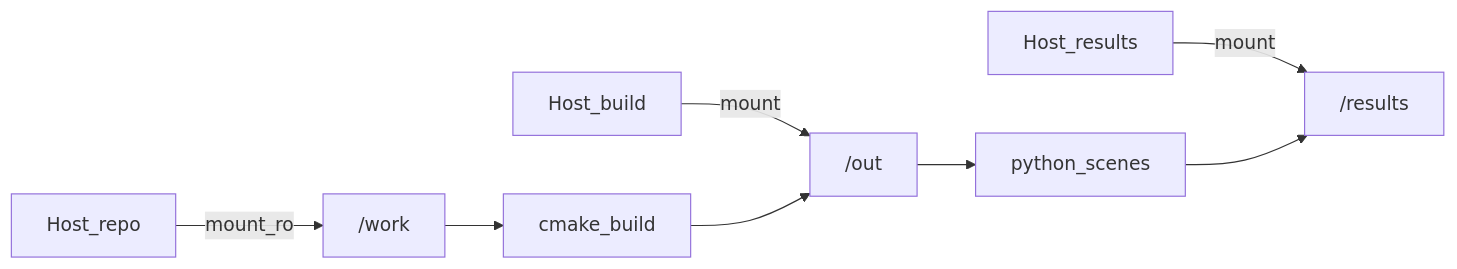
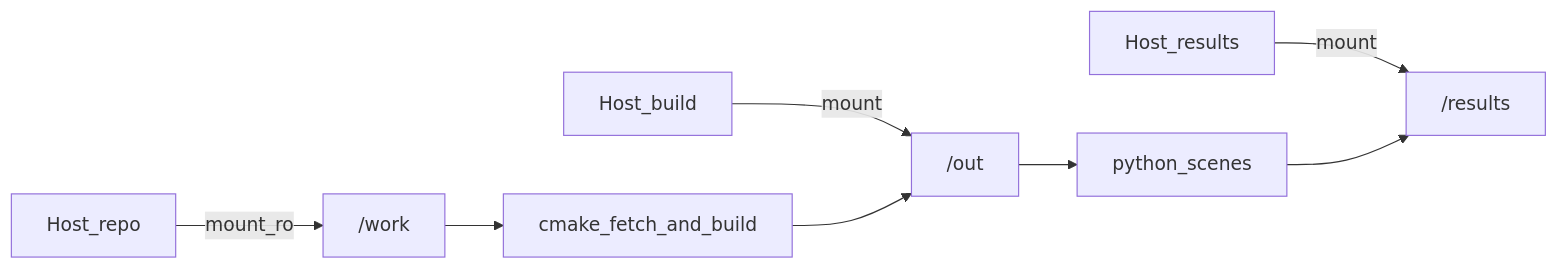
The diagram in docs/report/11-build-and-run.md (goooxu/LumenCore), drawn with Mermaid before and after one commit. The commit also changed other lines of this file and 403 other files, not shown here.

First line of the commit message:
Fetch third-party deps at build time and drop vendored trees.

````diff
--- a/docs/report/11-build-and-run.md
+++ b/docs/report/11-build-and-run.md
@@ -31,10 +31,10 @@
 ```mermaid
 flowchart LR
   hostRepo[Host_repo] -->|mount_ro| work["/work"]
   hostBuild[Host_build] -->|mount| out["/out"]
   hostOut[Host_results] -->|mount| results["/results"]
-  work --> cmake[cmake_build]
+  work --> cmake[cmake_fetch_and_build]
   cmake --> out
   out --> py[python_scenes]
   py --> results
 ```
````
